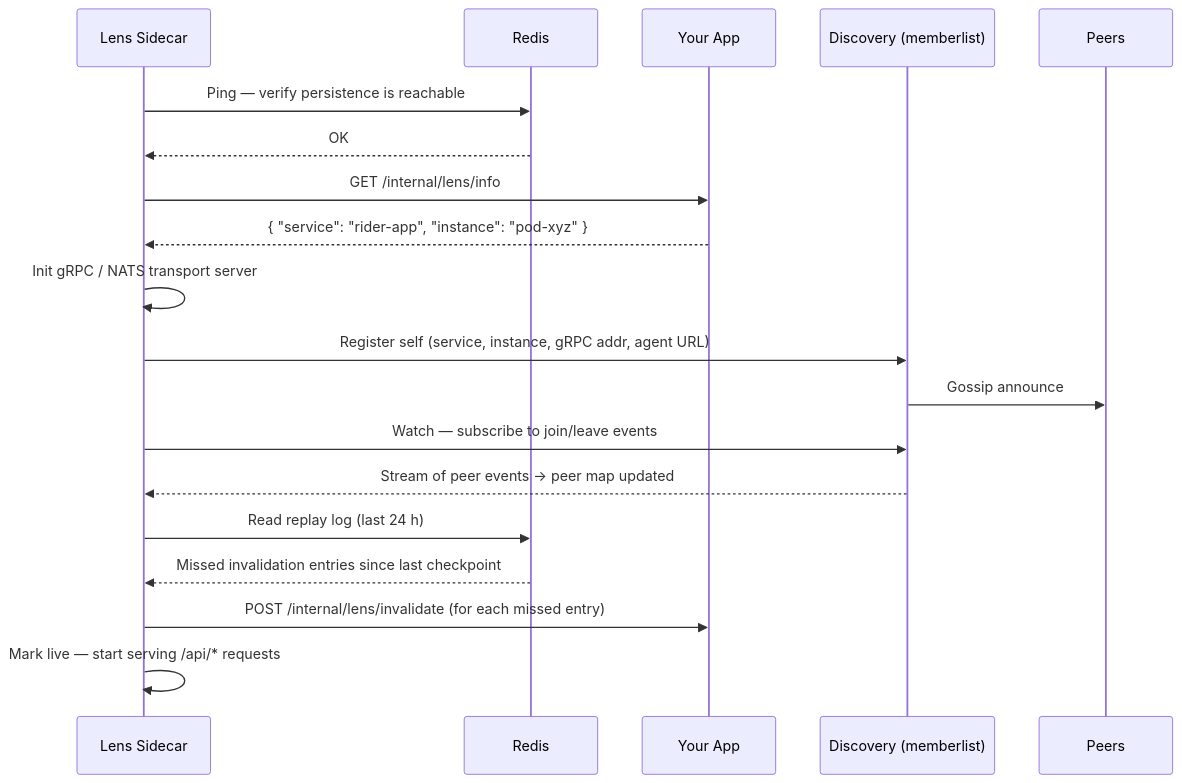
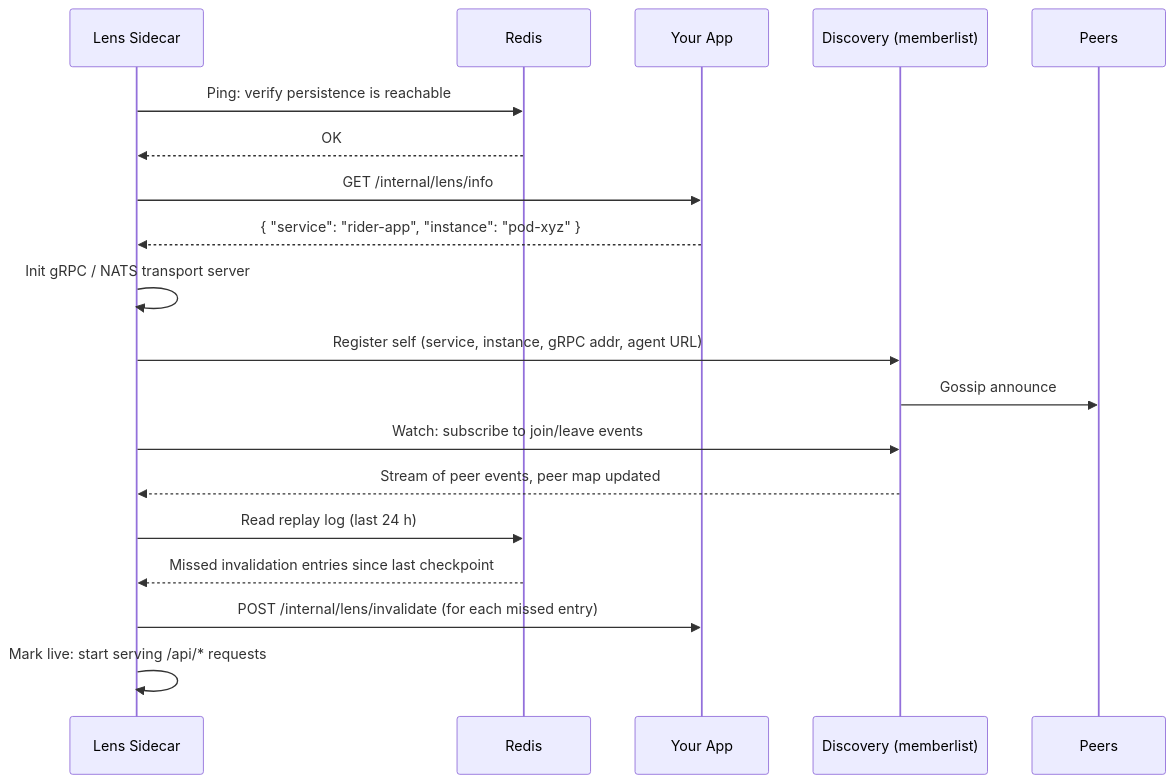
The third of 5 diagrams in README.md (Vedanshu7/lens), drawn with Mermaid before and after one commit. The commit also changed other lines of this file and 1 other file, not shown here.

````diff
--- a/README.md
+++ b/README.md
@@ -95,27 +95,27 @@
 ```mermaid
 sequenceDiagram
     participant S as Lens Sidecar
     participant R as Redis
     participant A as Your App
     participant D as Discovery (memberlist)
     participant P as Peers
 
-    S->>R: Ping — verify persistence is reachable
+    S->>R: Ping: verify persistence is reachable
     R-->>S: OK
 
     S->>A: GET /internal/lens/info
     A-->>S: { "service": "rider-app", "instance": "pod-xyz" }
 
     S->>S: Init gRPC / NATS transport server
     S->>D: Register self (service, instance, gRPC addr, agent URL)
     D->>P: Gossip announce
 
-    S->>D: Watch — subscribe to join/leave events
-    D-->>S: Stream of peer events → peer map updated
+    S->>D: Watch: subscribe to join/leave events
+    D-->>S: Stream of peer events, peer map updated
 
     S->>R: Read replay log (last 24 h)
     R-->>S: Missed invalidation entries since last checkpoint
     S->>A: POST /internal/lens/invalidate (for each missed entry)
 
-    S->>S: Mark live — start serving /api/* requests
+    S->>S: Mark live: start serving /api/* requests
 ```
````
